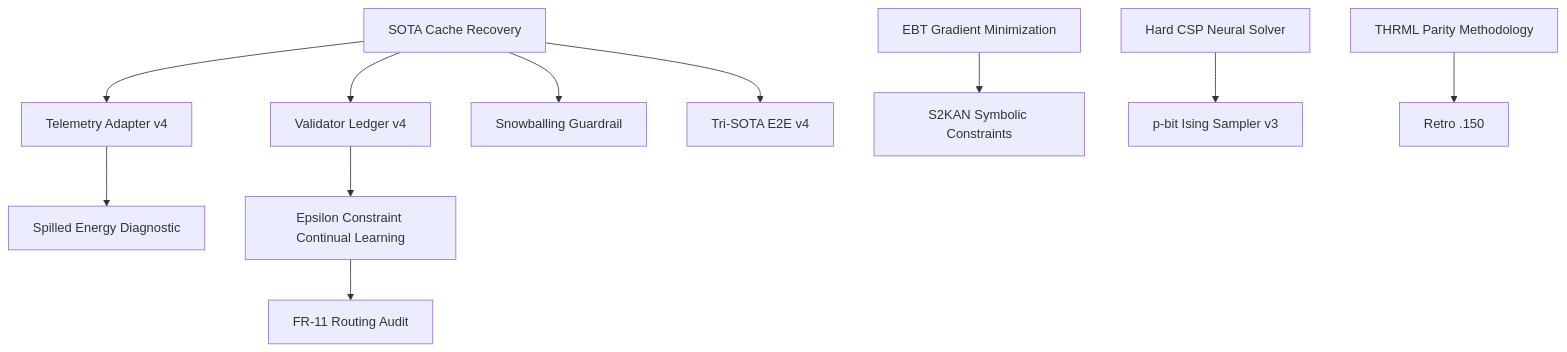
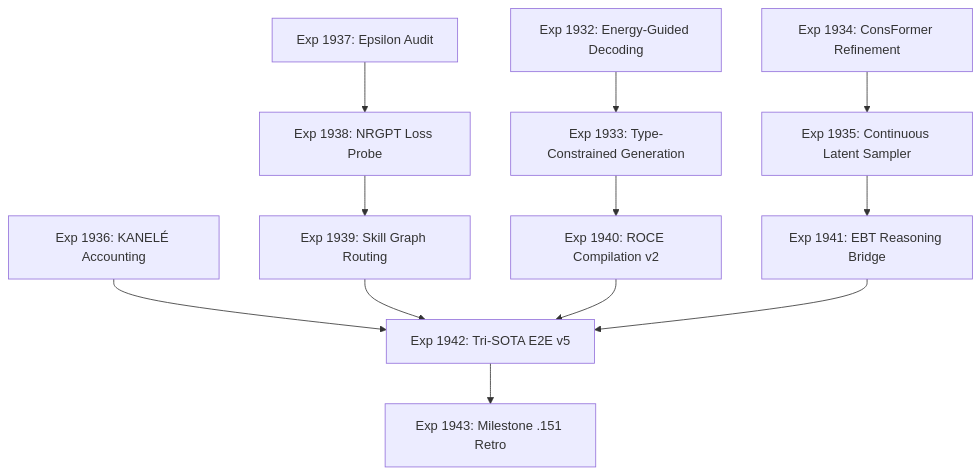
One commit to Carnot-EBM/carnot-ebm changed the diagram in openspec/change-proposals/research-roadmap-vNEXT.md. Above: the diagram before and after it, drawn with Mermaid. The commit also changed other lines of this file and 2 other files, not shown here.

First line of the commit message:
[conductor] Plan next milestone: 2026.05.151

````diff
--- a/openspec/change-proposals/research-roadmap-vNEXT.md
+++ b/openspec/change-proposals/research-roadmap-vNEXT.md
@@ -18,13 +49,19 @@
 ```mermaid
 graph TD
-    A[SOTA Cache Recovery] --> B[Telemetry Adapter v4]
-    B --> C[Spilled Energy Diagnostic]
-    A --> D[Validator Ledger v4]
-    A --> E[Snowballing Guardrail]
-    D --> F[Epsilon Constraint Continual Learning]
-    F --> G[FR-11 Routing Audit]
-    H[EBT Gradient Minimization] --> I[S2KAN Symbolic Constraints]
-    J[Hard CSP Neural Solver] --> K[p-bit Ising Sampler v3]
-    A --> L[Tri-SOTA E2E v4]
-    M[THRML Parity Methodology] --> N[Retro .150]
+    1932[Exp 1932: Energy-Guided Decoding] --> 1933[Exp 1933: Type-Constrained Generation]
+    1933 --> 1940[Exp 1940: ROCE Compilation v2]
+    
+    1934[Exp 1934: ConsFormer Refinement] --> 1935[Exp 1935: Continuous Latent Sampler]
+    1935 --> 1941[Exp 1941: EBT Reasoning Bridge]
+    
+    1936[Exp 1936: KANELÉ Accounting] --> 1942[Exp 1942: Tri-SOTA E2E v5]
+    
+    1937[Exp 1937: Epsilon Audit] --> 1938[Exp 1938: NRGPT Loss Probe]
+    1938 --> 1939[Exp 1939: Skill Graph Routing]
+    
+    1939 --> 1942
+    1940 --> 1942
+    1941 --> 1942
+    
+    1942 --> 1943[Exp 1943: Milestone .151 Retro]
 ```
````
